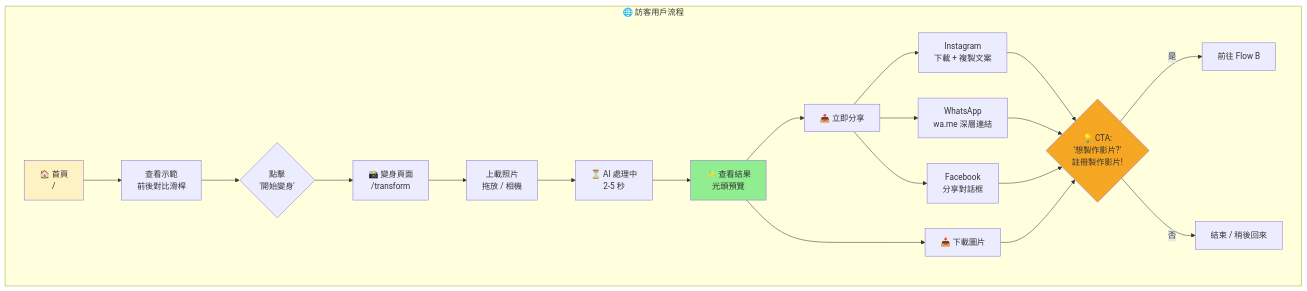
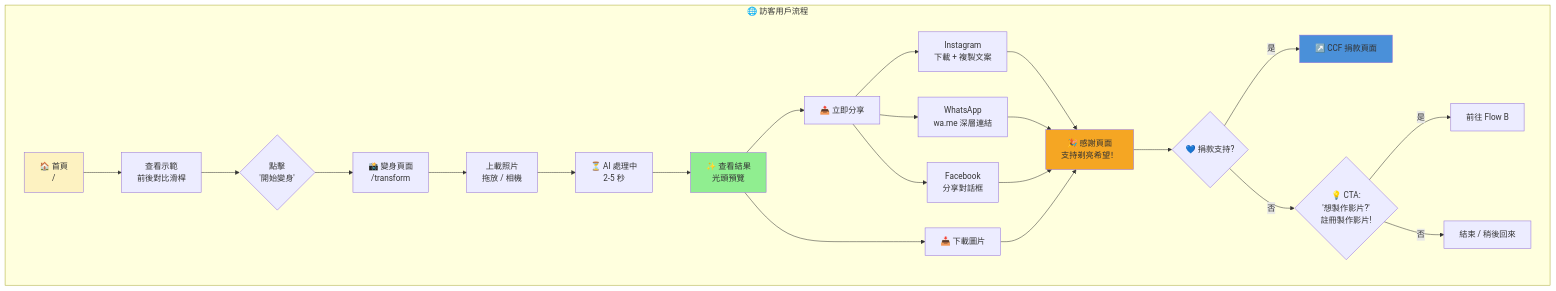
The first of 7 diagrams in documents/2026-01-06-ccf-shave-for-hope-technical-plan.md (ZorroCheng-MC/sharehub), drawn with Mermaid before and after one commit. The commit also changed other lines of this file, not shown here.

````diff
--- a/documents/2026-01-06-ccf-shave-for-hope-technical-plan.md
+++ b/documents/2026-01-06-ccf-shave-for-hope-technical-plan.md
@@ -48,30 +56,35 @@
 ```mermaid
 flowchart TD
     subgraph ANONYMOUS["🌐 訪客用戶流程"]
         A[🏠 首頁<br/>/] --> B[查看示範<br/>前後對比滑桿]
         B --> C{點擊<br/>'開始變身'}
         C --> D[📸 變身頁面<br/>/transform]
         D --> E[上載照片<br/>拖放 / 相機]
         E --> F[⏳ AI 處理中<br/>2-5 秒]
         F --> G[✨ 查看結果<br/>光頭預覽]
 
         G --> H[📥 下載圖片]
         G --> I[📤 立即分享]
 
         I --> J[Instagram<br/>下載 + 複製文案]
         I --> K[WhatsApp<br/>wa.me 深層連結]
         I --> L[Facebook<br/>分享對話框]
 
-        J --> M{💡 CTA:<br/>'想製作影片?'<br/>註冊製作影片!}
-        K --> M
-        L --> M
-        H --> M
+        J --> X[🎉 感謝頁面<br/>支持剃亮希望！]
+        K --> X
+        L --> X
+        H --> X
+
+        X --> Y{💙 捐款支持?}
+        Y -->|是| Z[↗️ CCF 捐款頁面]
+        Y -->|否| M{💡 CTA:<br/>'想製作影片?'<br/>註冊製作影片!}
 
         M -->|是| N[前往 Flow B]
         M -->|否| O[結束 / 稍後回來]
     end
 
     style A fill:#FDF2C1
     style G fill:#90EE90
-    style M fill:#F5A623
+    style X fill:#F5A623
+    style Z fill:#4A90D9
 ```
````
